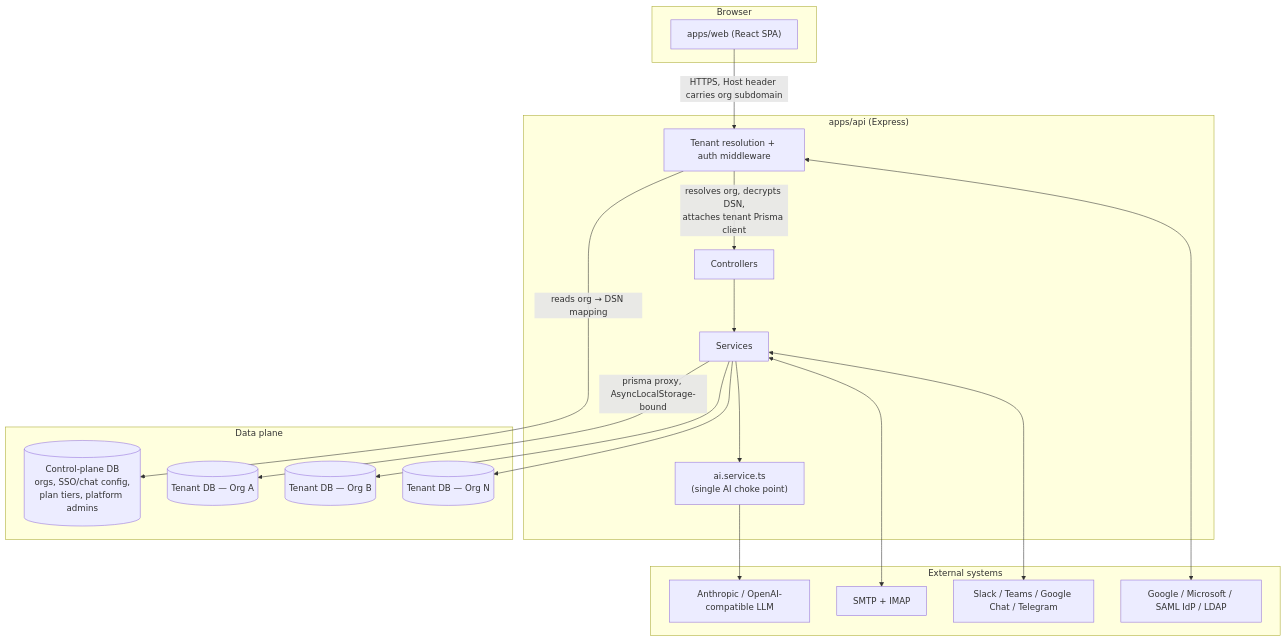
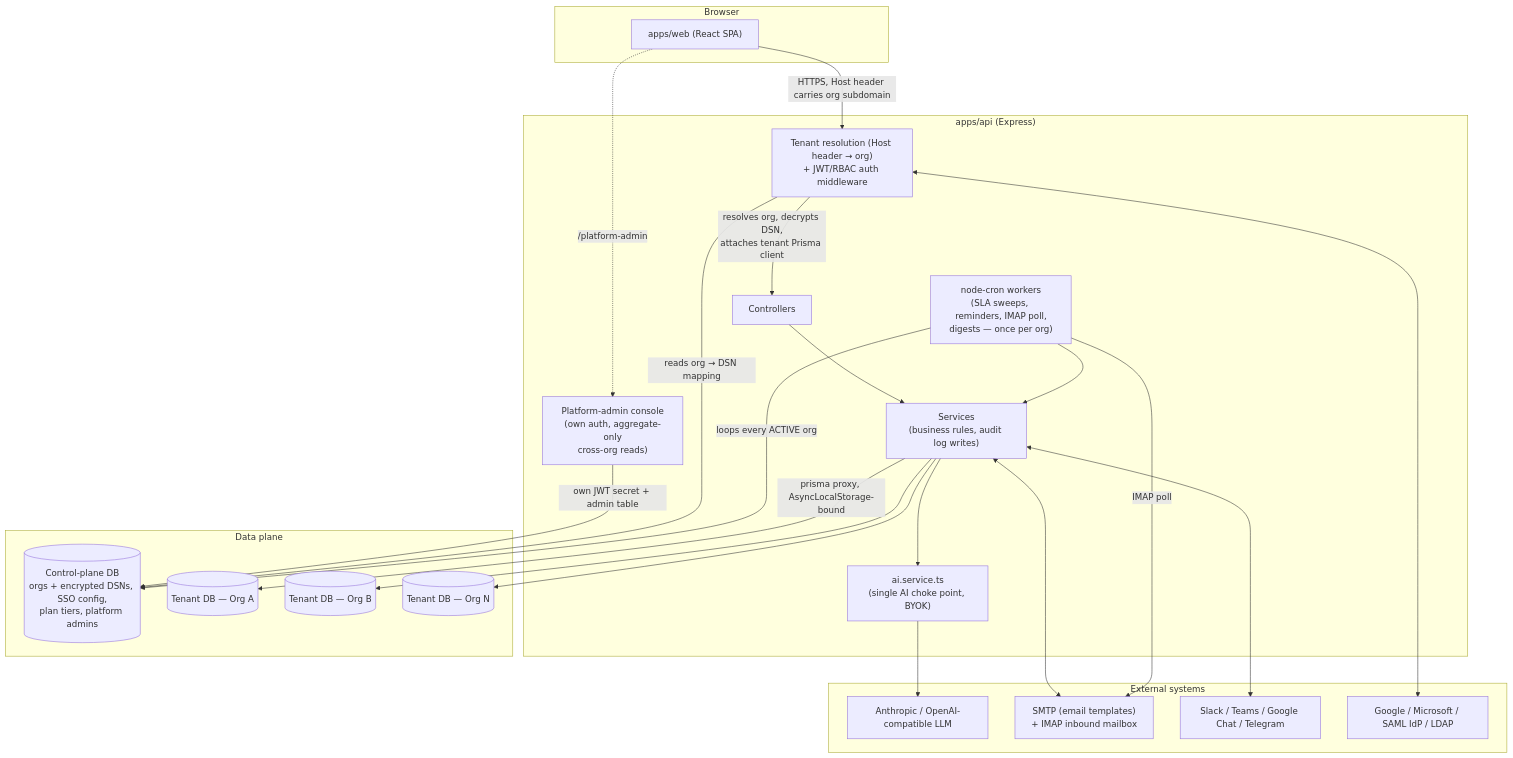
One commit to adityapuppala1/TimeSheet changed the first of 10 diagrams in docs/ARCHITECTURE.md. Above: the diagram before and after it, drawn with Mermaid. The commit also changed other lines of this file and 25 other files, not shown here.

````diff
--- a/docs/ARCHITECTURE.md
+++ b/docs/ARCHITECTURE.md
@@ -25,40 +25,47 @@
 ```mermaid
 flowchart TB
     subgraph Client["Browser"]
         Web["apps/web (React SPA)"]
     end
 
     subgraph API["apps/api (Express)"]
-        MW["Tenant resolution + auth middleware"]
+        MW["Tenant resolution (Host header → org)\n+ JWT/RBAC auth middleware"]
         Ctrl["Controllers"]
-        Svc["Services"]
-        AI["ai.service.ts\n(single AI choke point)"]
+        Svc["Services\n(business rules, audit log writes)"]
+        AI["ai.service.ts\n(single AI choke point, BYOK)"]
+        Workers["node-cron workers\n(SLA sweeps, reminders, IMAP poll,\ndigests — once per org)"]
+        PA["Platform-admin console\n(own auth, aggregate-only\ncross-org reads)"]
     end
 
     subgraph Data["Data plane"]
-        Control[("Control-plane DB\norgs, SSO/chat config,\nplan tiers, platform admins")]
+        Control[("Control-plane DB\norgs + encrypted DSNs, SSO config,\nplan tiers, platform admins")]
         T1[("Tenant DB — Org A")]
         T2[("Tenant DB — Org B")]
         T3[("Tenant DB — Org N")]
     end
 
     subgraph External["External systems"]
         LLM["Anthropic / OpenAI-compatible LLM"]
-        Mail["SMTP + IMAP"]
+        Mail["SMTP (email templates)\n+ IMAP inbound mailbox"]
         Chat["Slack / Teams / Google Chat / Telegram"]
         IdP["Google / Microsoft / SAML IdP / LDAP"]
     end
 
     Web -->|HTTPS, Host header carries org subdomain| MW
+    Web -.->|"/platform-admin"| PA
+    PA -->|own JWT secret + admin table| Control
     MW -->|resolves org, decrypts DSN,\nattaches tenant Prisma client| Ctrl
     MW -->|reads org → DSN mapping| Control
     Ctrl --> Svc
     Svc --> AI
     AI --> LLM
     Svc -->|prisma proxy, AsyncLocalStorage-bound| T1
     Svc --> T2
     Svc --> T3
     Svc <--> Mail
     Svc <--> Chat
     MW <--> IdP
+    Workers -->|loops every ACTIVE org| Control
+    Workers --> Svc
+    Workers -->|IMAP poll| Mail
 ```
````
